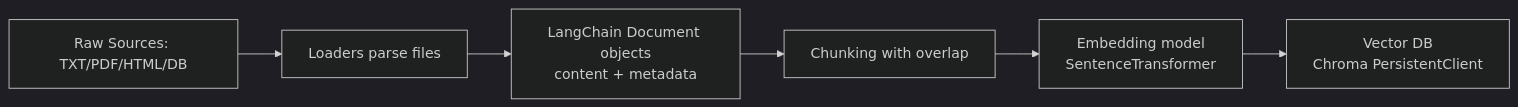
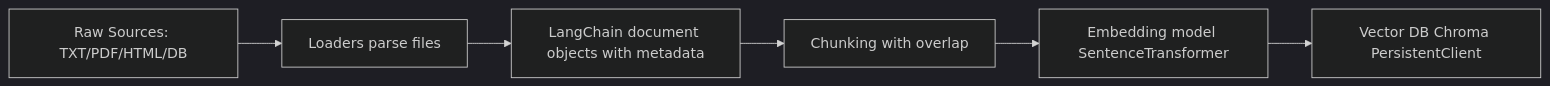
One commit to Roshann78/RAG-BASICS changed the first of 4 diagrams in notes/part-02-document-structure-and-rag-pipeline.md. Above: the diagram before and after it, drawn with Mermaid (dark theme). The commit also changed other lines of this file, not shown here.

````diff
--- a/notes/part-02-document-structure-and-rag-pipeline.md
+++ b/notes/part-02-document-structure-and-rag-pipeline.md
@@ -63,8 +63,8 @@
 ```mermaid
 flowchart LR
   A[Raw Sources: TXT/PDF/HTML/DB] --> B[Loaders parse files]
-  B --> C[LangChain Document objects<br/>content + metadata]
+  B --> C[LangChain document objects with metadata]
   C --> D[Chunking with overlap]
-  D --> E[Embedding model<br/>SentenceTransformer]
-  E --> F[Vector DB<br/>Chroma PersistentClient]
+  D --> E[Embedding model SentenceTransformer]
+  E --> F[Vector DB Chroma PersistentClient]
 ```
````
